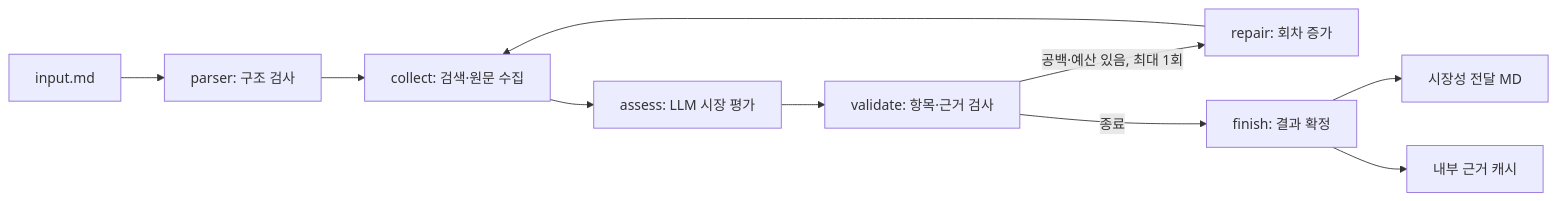
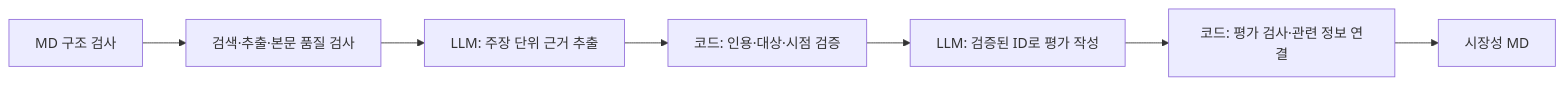
The diagram in market-research-agent/market_agent/README.md (SKALA-4-7-2-3/KV-Cache-Multi-Perspective-Evaluator), drawn with Mermaid before and after one commit. The commit also changed other lines of this file and 6 other files, not shown here.

````diff
--- a/market-research-agent/market_agent/README.md
+++ b/market-research-agent/market_agent/README.md
@@ -56,12 +42,9 @@
 ```mermaid
 flowchart LR
-    A[input.md] --> B[parser: 구조 검사]
-    B --> C[collect: 검색·원문 수집]
-    C --> D[assess: LLM 시장 평가]
-    D --> E[validate: 항목·근거 검사]
-    E -->|공백·예산 있음, 최대 1회| F[repair: 회차 증가]
-    F --> C
-    E -->|종료| G[finish: 결과 확정]
-    G --> H[시장성 전달 MD]
-    G --> I[내부 근거 캐시]
+    A[MD 구조 검사] --> B[검색·추출·본문 품질 검사]
+    B --> C[LLM: 주장 단위 근거 추출]
+    C --> D[코드: 인용·대상·시점 검증]
+    D --> E[LLM: 검증된 ID로 평가 작성]
+    E --> F[코드: 평가 검사·관련 정보 연결]
+    F --> G[시장성 MD]
 ```
````
